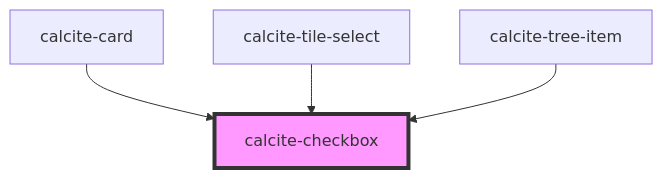
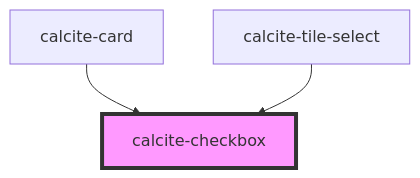
The diagram in packages/calcite-components/src/components/checkbox/readme.md (Esri/calcite-design-system), drawn with Mermaid before and after one commit. The commit also changed other lines of this file and 6 other files, not shown here.

````diff
--- a/packages/calcite-components/src/components/checkbox/readme.md
+++ b/packages/calcite-components/src/components/checkbox/readme.md
@@ -56,7 +55,6 @@
 ```mermaid
 graph TD;
   calcite-card --> calcite-checkbox
   calcite-tile-select --> calcite-checkbox
-  calcite-tree-item --> calcite-checkbox
   style calcite-checkbox fill:#f9f,stroke:#333,stroke-width:4px
 ```
````
